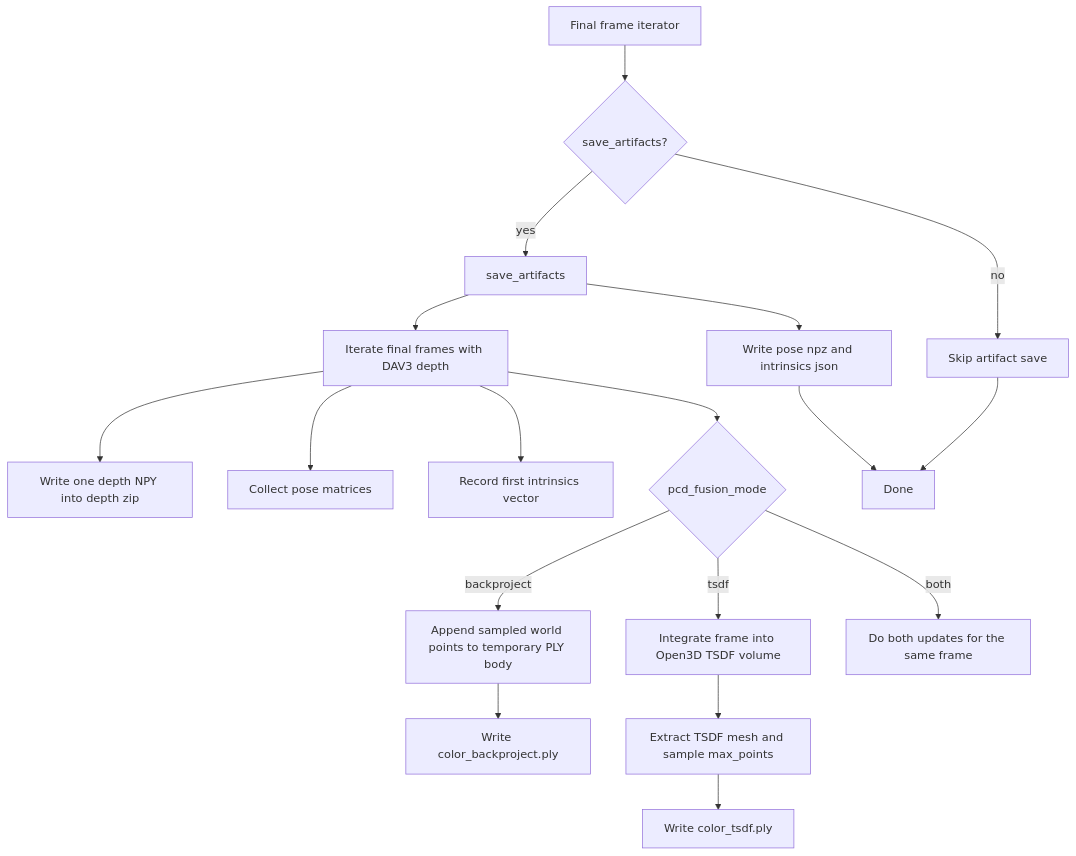
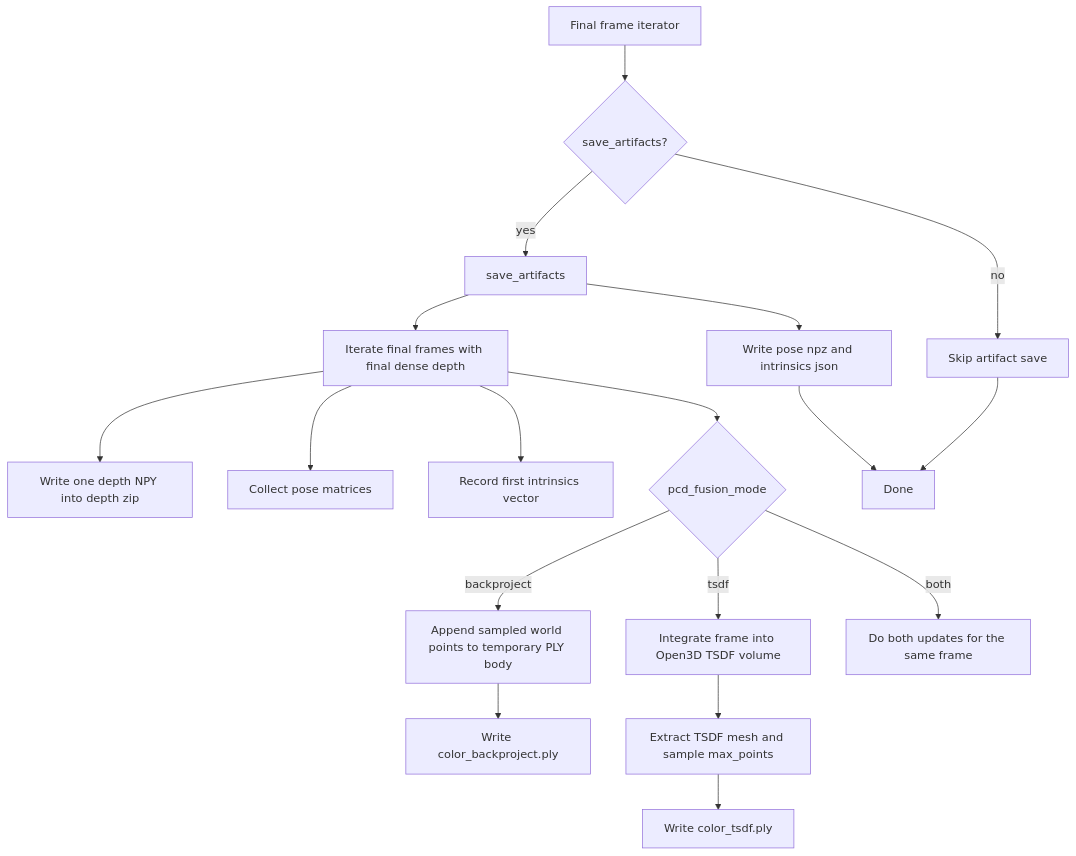
Diagram 11 of 12 in fullexplain.md (sadanand1120/vipe), drawn with Mermaid before and after one commit. The commit also changed other lines of this file and 13 other files, not shown here.

````diff
--- a/fullexplain.md
+++ b/fullexplain.md
@@ -1846,20 +2008,20 @@
 ```mermaid
 flowchart TD
     A[Final frame iterator] --> B{save_artifacts?}
     B -->|yes| C[save_artifacts]
     B -->|no| D[Skip artifact save]
-    C --> E[Iterate final frames with DAV3 depth]
+    C --> E[Iterate final frames with final dense depth]
     E --> F[Write one depth NPY into depth zip]
     E --> G[Collect pose matrices]
     E --> H[Record first intrinsics vector]
     E --> J{pcd_fusion_mode}
     J -->|backproject| L[Append sampled world points to temporary PLY body]
     J -->|tsdf| M[Integrate frame into Open3D TSDF volume]
     J -->|both| R[Do both updates for the same frame]
     L --> N[Write color_backproject.ply]
     M --> O[Extract TSDF mesh and sample max_points]
     O --> P[Write color_tsdf.ply]
     C --> Q[Write pose npz and intrinsics json]
     D --> T[Done]
     Q --> T
 ```
````
